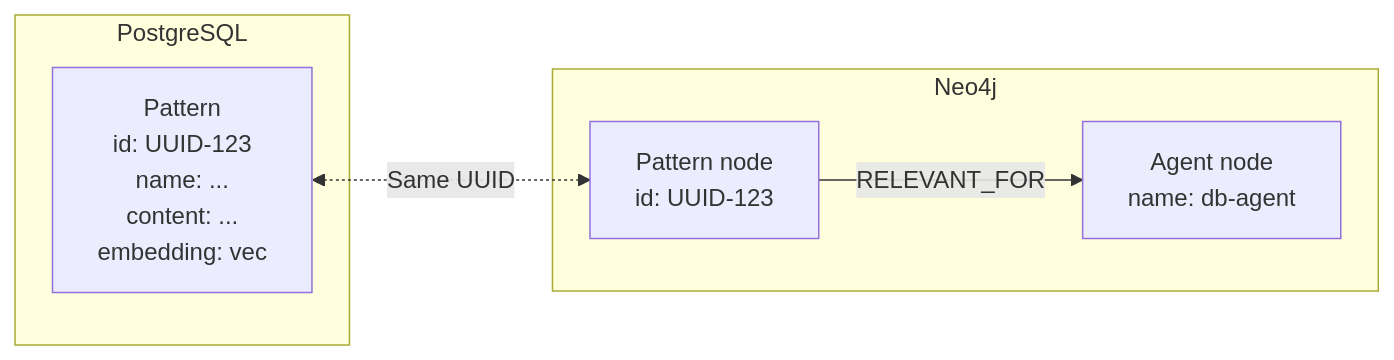
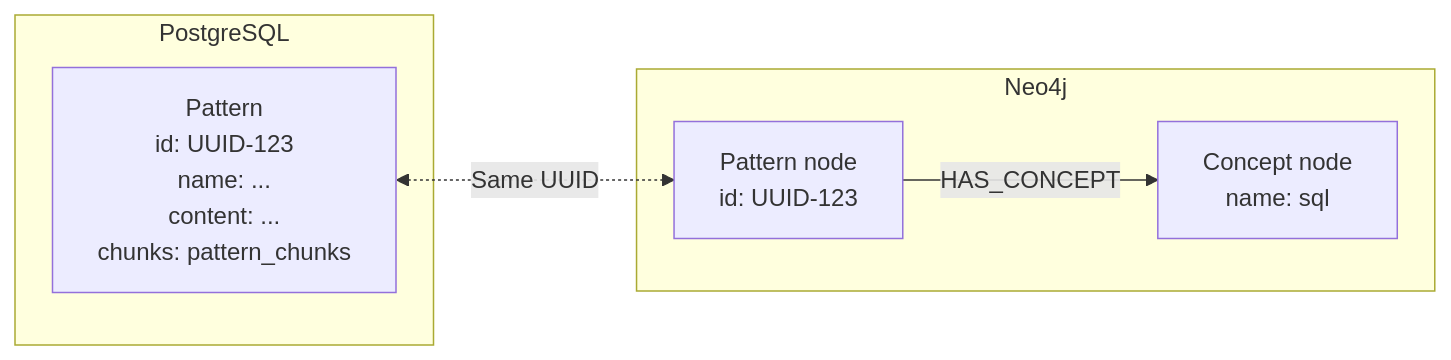
One commit to twistingmercury/mnemonic-docs changed the second of 5 diagrams in docs/architecture/system/05-database-integration-flow.md. Above: the diagram before and after it, drawn with Mermaid. The commit also changed other lines of this file, not shown here.

Commit message:
docs: fix database integration flow for MVP 2 decomposed services

````diff
--- a/docs/architecture/system/05-database-integration-flow.md
+++ b/docs/architecture/system/05-database-integration-flow.md
@@ -151,14 +173,14 @@
 ```mermaid
 flowchart LR
     subgraph PostgreSQL
-        P["Pattern<br/>id: UUID-123<br/>name: ...<br/>content: ...<br/>embedding: vec"]
+        P["Pattern<br/>id: UUID-123<br/>name: ...<br/>content: ...<br/>chunks: pattern_chunks"]
     end
 
     subgraph Neo4j
         NP["Pattern node<br/>id: UUID-123"]
-        NA["Agent node<br/>name: db-agent"]
-        NP -->|RELEVANT_FOR| NA
+        NC["Concept node<br/>name: sql"]
+        NP -->|HAS_CONCEPT| NC
     end
 
     P <-.->|Same UUID| NP
 ```
````
